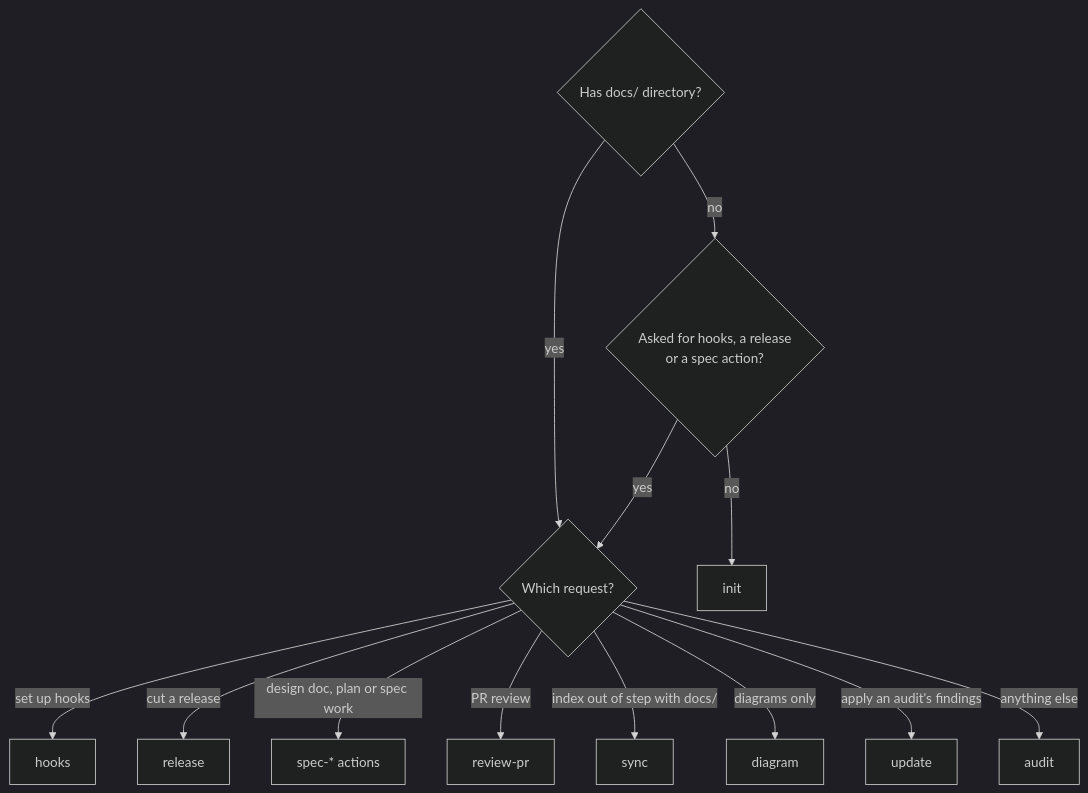
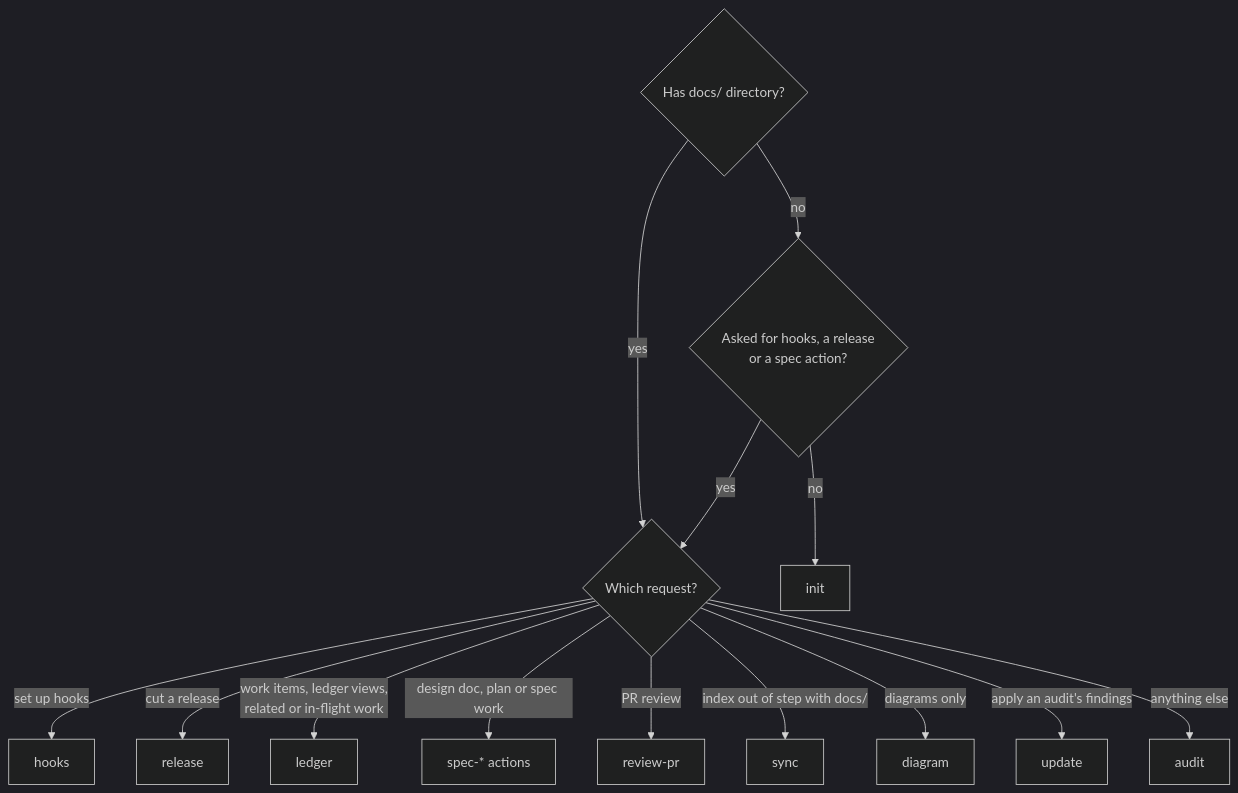
Before and after one commit to woodrowpearson/doc-superpowers: the third of 3 diagrams in skills/doc-superpowers/SKILL.md, drawn with Mermaid (dark theme). The commit also changed other lines of this file and 4 other files, not shown here.

````diff
--- a/skills/doc-superpowers/SKILL.md
+++ b/skills/doc-superpowers/SKILL.md
@@ -314,15 +319,16 @@
 ```mermaid
 flowchart TD
     A{Has docs/ directory?} -->|yes| R{Which request?}
     A -->|no| B{Asked for hooks, a release<br>or a spec action?}
     B -->|no| C[init]
     B -->|yes| R
     R -->|set up hooks| D[hooks]
     R -->|cut a release| F[release]
+    R -->|work items, ledger views,<br>related or in-flight work| G[ledger]
     R -->|design doc, plan or spec work| P[spec-* actions]
     R -->|PR review| H[review-pr]
     R -->|index out of step with docs/| S[sync]
     R -->|diagrams only| L[diagram]
     R -->|apply an audit's findings| J[update]
     R -->|anything else| M[audit]
 ```
````
